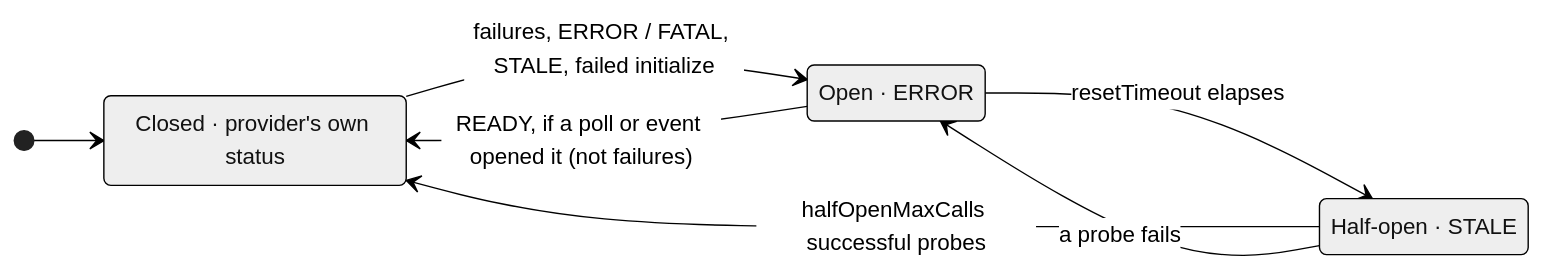
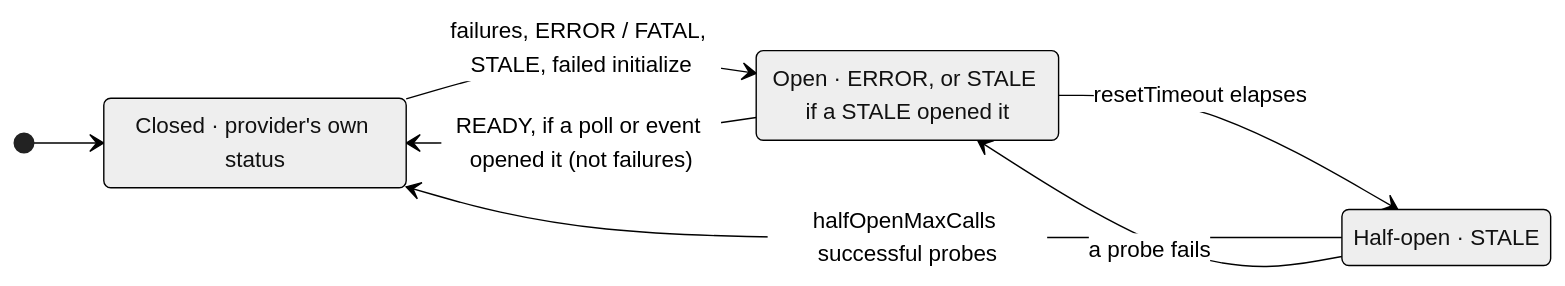
One commit to EtaCassiopeia/zio-openfeature changed the diagram in docs/extras.md. Above: the diagram before and after it, drawn with Mermaid (neutral theme). The commit also changed other lines of this file and 8 other files, not shown here.

Commit message:
Report STALE from a circuit a stale delegate opened (#612)

````diff
--- a/docs/extras.md
+++ b/docs/extras.md
@@ -130,13 +130,13 @@
 ```mermaid
 stateDiagram-v2
     direction LR
     state "Closed · provider's own status" as Closed
-    state "Open · ERROR" as Open
+    state "Open · ERROR, or STALE if a STALE opened it" as Open
     state "Half-open · STALE" as HalfOpen
     [*] --> Closed
     Closed --> Open: failures, ERROR / FATAL, STALE, failed initialize
     Open --> HalfOpen: resetTimeout elapses
     Open --> Closed: READY, if a poll or event opened it (not failures)
     HalfOpen --> Closed: halfOpenMaxCalls successful probes
     HalfOpen --> Open: a probe fails
 ```
````
